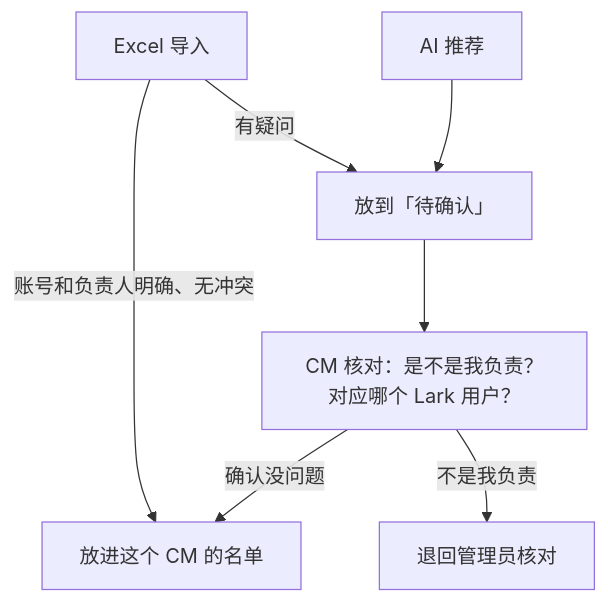
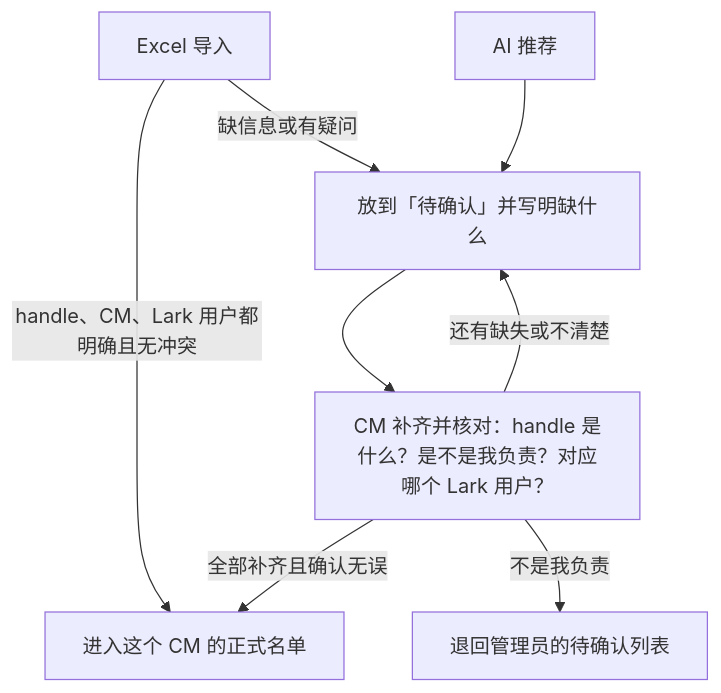
One commit to ttmedialondon/lark-cm-am-assistant changed the diagram in docs/product/creator-cm-two-source-plan-v0.3.md. Above: the diagram before and after it, drawn with Mermaid. The commit also changed other lines of this file and 2 other files, not shown here.

````diff
--- a/docs/product/creator-cm-two-source-plan-v0.3.md
+++ b/docs/product/creator-cm-two-source-plan-v0.3.md
@@ -9,9 +9,10 @@
 ```mermaid
 flowchart TD
-    A["Excel 导入"] -->|账号和负责人明确、无冲突|D["放进这个 CM 的名单"]
-    A -->|有疑问|C["放到「待确认」"]
+    A["Excel 导入"] -->|handle、CM、Lark 用户都明确且无冲突|D["进入这个 CM 的正式名单"]
+    A -->|缺信息或有疑问|C["放到「待确认」并写明缺什么"]
     B["AI 推荐"] -->C
-    C -->E["CM 核对：是不是我负责？对应哪个 Lark 用户？"]
-    E -->|确认没问题|D
-    E -->|不是我负责|F["退回管理员核对"]
+    C -->E["CM 补齐并核对：handle 是什么？是不是我负责？对应哪个 Lark 用户？"]
+    E -->|全部补齐且确认无误|D
+    E -->|还有缺失或不清楚|C
+    E -->|不是我负责|F["退回管理员的待确认列表"]
 ```
````
